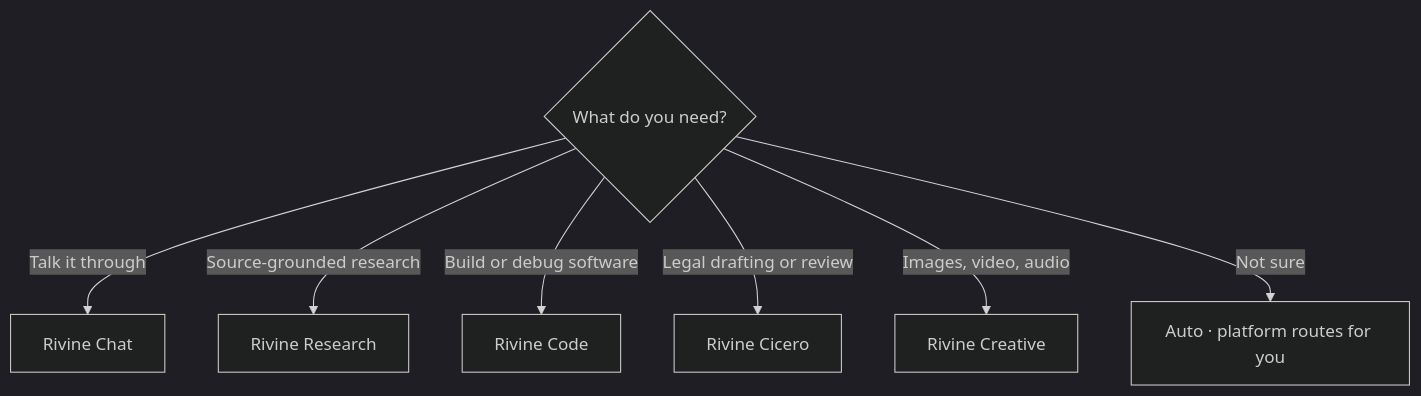
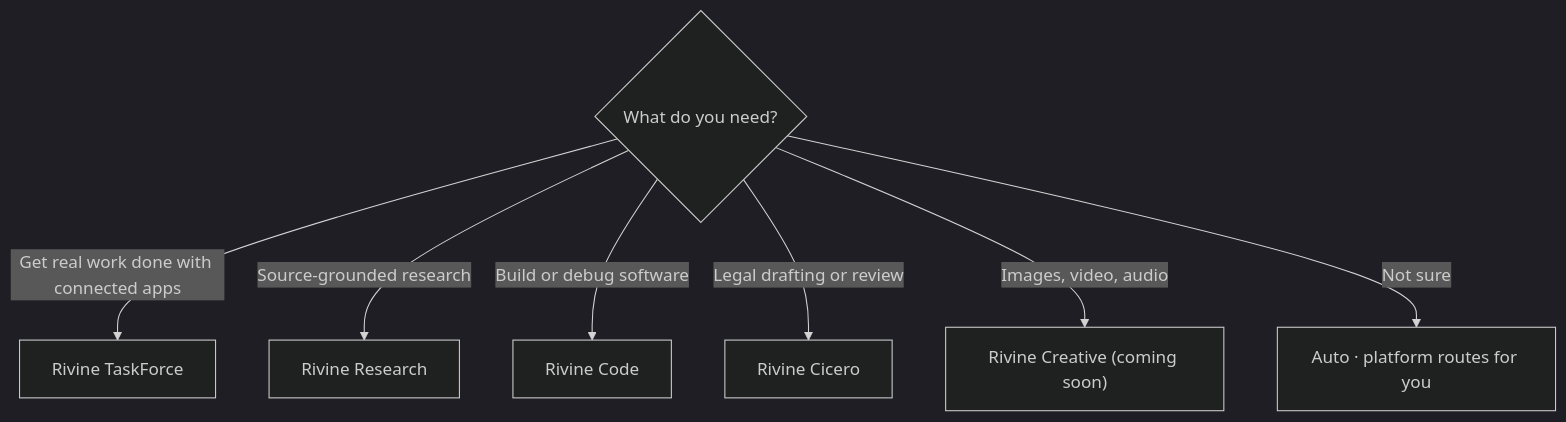
One commit to Beunec/beunec-site-staging changed the seventh of 17 diagrams in Aselius Platform Documentations/aselius-workspace.md. Above: the diagram before and after it, drawn with Mermaid (dark theme). The commit also changed other lines of this file and 31 other files, not shown here.

First line of the commit message:
Ship Aselius docs updates for production: TaskForce, security disclosure, launch date

````diff
--- a/Aselius Platform Documentations/aselius-workspace.md
+++ b/Aselius Platform Documentations/aselius-workspace.md
@@ -153,10 +226,10 @@
 ```mermaid
 flowchart TD
     Q{"What do you need?"}
-    Q -->|"Talk it through"| C["Rivine Chat"]
+    Q -->|"Get real work done with connected apps"| TF["Rivine TaskForce"]
     Q -->|"Source-grounded research"| R["Rivine Research"]
     Q -->|"Build or debug software"| CO["Rivine Code"]
     Q -->|"Legal drafting or review"| CI["Rivine Cicero"]
-    Q -->|"Images, video, audio"| CR["Rivine Creative"]
+    Q -->|"Images, video, audio"| CR["Rivine Creative (coming soon)"]
     Q -->|"Not sure"| A["Auto · platform routes for you"]
 ```
````
